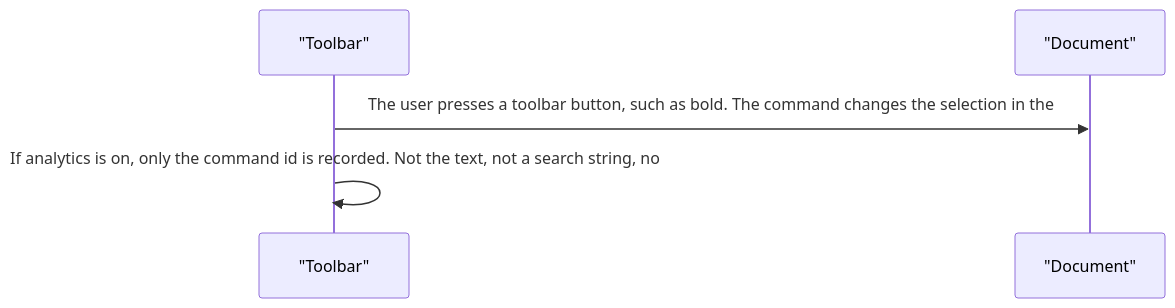
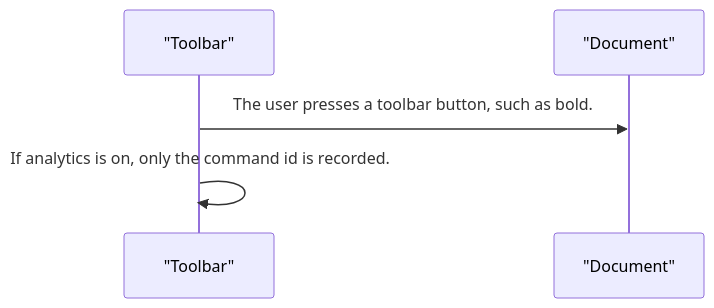
One commit to RajshekharBorate/pixel-ui changed the third of 3 diagrams in projects/pixel-ui/src/lib/pixel-editor/DESIGN.md. Above: the diagram before and after it, drawn with Mermaid. The commit also changed other lines of this file and 80 other files, not shown here.

Commit message:
Fill missing design flows and correct the stories that did not match component behavior.

````diff
--- a/projects/pixel-ui/src/lib/pixel-editor/DESIGN.md
+++ b/projects/pixel-ui/src/lib/pixel-editor/DESIGN.md
@@ -57,7 +57,7 @@
 ```mermaid
 sequenceDiagram
   participant bar as "Toolbar"
   participant doc as "Document"
-  bar->>doc: The user presses a toolbar button, such as bold. The command changes the selection in the 
-  bar->>bar: If analytics is on, only the command id is recorded. Not the text, not a search string, no
+  bar->>doc: The user presses a toolbar button, such as bold.
+  bar->>bar: If analytics is on, only the command id is recorded.
 ```
````
